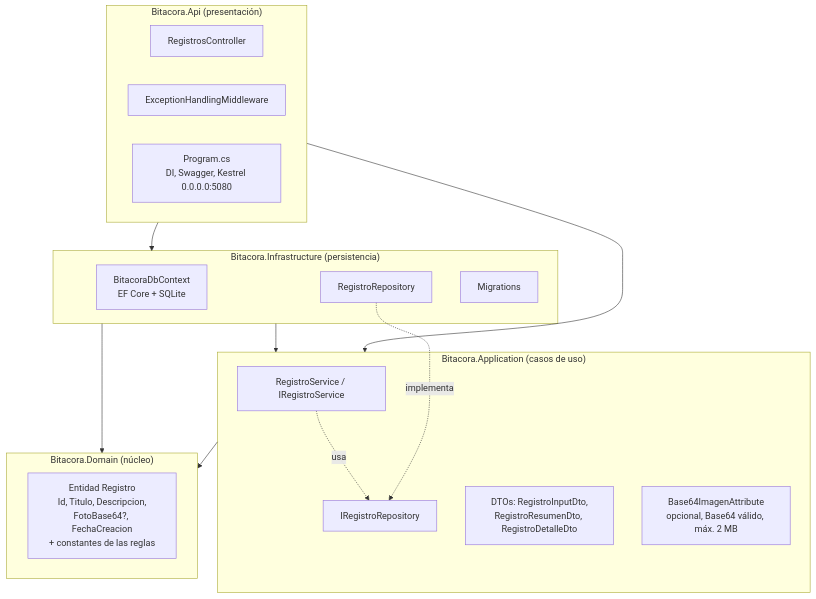
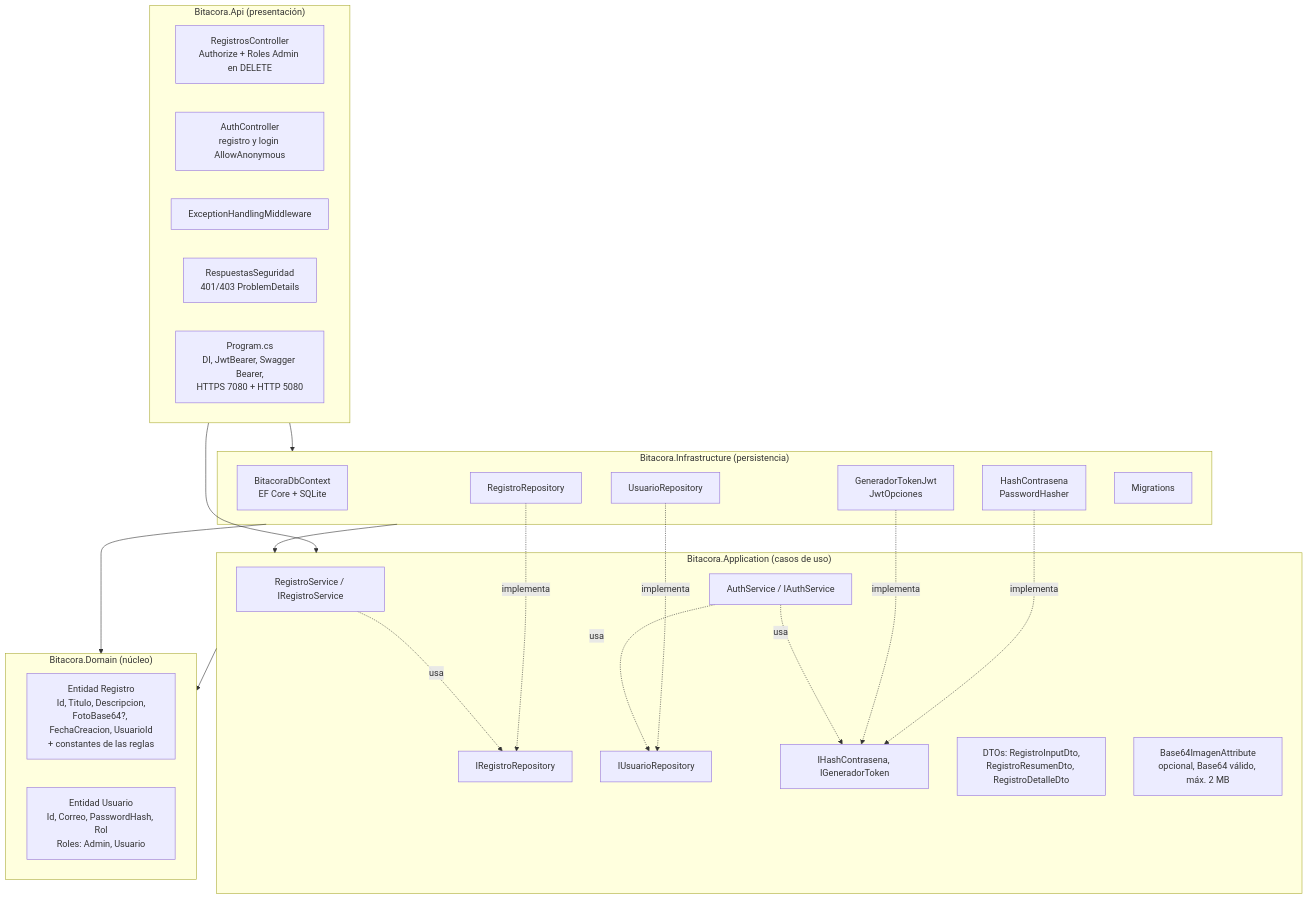
The first of 2 diagrams in BitacoraApi/docs/arquitectura.md (Kirklen0910/Exa1Pa1199), drawn with Mermaid before and after one commit. The commit also changed other lines of this file and 3 other files, not shown here.

````diff
--- a/BitacoraApi/docs/arquitectura.md
+++ b/BitacoraApi/docs/arquitectura.md
@@ -8,34 +8,48 @@
 ```mermaid
 flowchart TB
     subgraph Api["Bitacora.Api (presentación)"]
-        C[RegistrosController]
+        C[RegistrosController<br/>Authorize + Roles Admin en DELETE]
+        AC[AuthController<br/>registro y login AllowAnonymous]
         M[ExceptionHandlingMiddleware]
-        P["Program.cs<br/>DI, Swagger, Kestrel 0.0.0.0:5080"]
+        SEG[RespuestasSeguridad<br/>401/403 ProblemDetails]
+        P["Program.cs<br/>DI, JwtBearer, Swagger Bearer,<br/>HTTPS 7080 + HTTP 5080"]
     end
 
     subgraph Infra["Bitacora.Infrastructure (persistencia)"]
         DB[BitacoraDbContext<br/>EF Core + SQLite]
         R[RegistroRepository]
+        UR[UsuarioRepository]
+        HC[HashContrasena<br/>PasswordHasher]
+        GT[GeneradorTokenJwt<br/>JwtOpciones]
         MG[Migrations]
     end
 
     subgraph App["Bitacora.Application (casos de uso)"]
         S[RegistroService / IRegistroService]
+        AS[AuthService / IAuthService]
         IR[IRegistroRepository]
+        IU[IUsuarioRepository]
+        IS[IHashContrasena, IGeneradorToken]
         D[DTOs: RegistroInputDto,<br/>RegistroResumenDto, RegistroDetalleDto]
         V[Base64ImagenAttribute<br/>opcional, Base64 válido, máx. 2 MB]
     end
 
     subgraph Dom["Bitacora.Domain (núcleo)"]
-        E["Entidad Registro<br/>Id, Titulo, Descripcion,<br/>FotoBase64?, FechaCreacion<br/>+ constantes de las reglas"]
+        E["Entidad Registro<br/>Id, Titulo, Descripcion,<br/>FotoBase64?, FechaCreacion, UsuarioId<br/>+ constantes de las reglas"]
+        EU["Entidad Usuario<br/>Id, Correo, PasswordHash, Rol<br/>Roles: Admin, Usuario"]
     end
 
     Api --> App
     Api --> Infra
     Infra --> App
     Infra --> Dom
     App --> Dom
 
     R -. implementa .-> IR
     S -. usa .-> IR
+    UR -. implementa .-> IU
+    HC -. implementa .-> IS
+    GT -. implementa .-> IS
+    AS -. usa .-> IU
+    AS -. usa .-> IS
 ```
````
